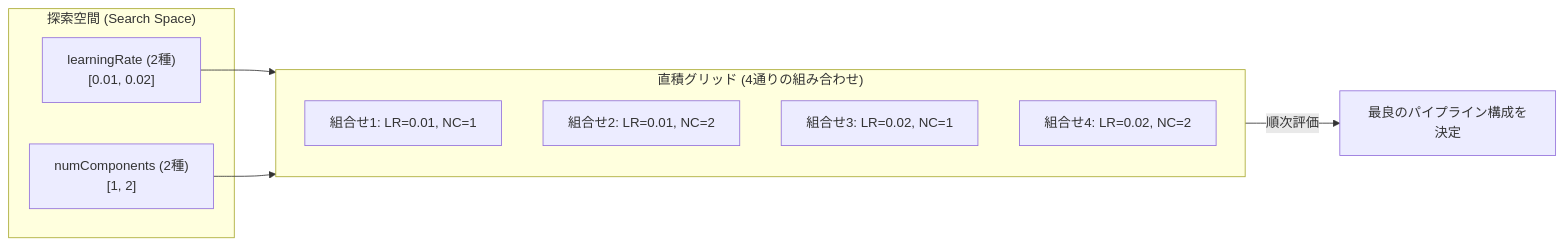
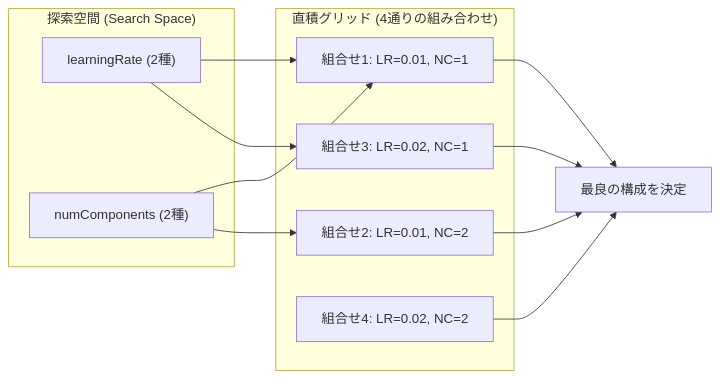
Before and after one commit to daiki-moritake/warpvector: the second of 2 diagrams in articles/automl-vector-tuning.md, drawn with Mermaid. The commit also changed other lines of this file and 1 other file, not shown here.

Commit message:
style: Mermaid v11.14.0で発生するシンタックスエラーを修正

````diff
--- a/articles/automl-vector-tuning.md
+++ b/articles/automl-vector-tuning.md
@@ -134,19 +134,24 @@
 ```mermaid
 graph LR
     subgraph Space["探索空間 (Search Space)"]
-        LR["learningRate (2種) <br> [0.01, 0.02]"]
-        NC["numComponents (2種) <br> [1, 2]"]
+        LR["learningRate (2種)"]
+        NC["numComponents (2種)"]
     end
 
     subgraph Grid["直積グリッド (4通りの組み合わせ)"]
         G1["組合せ1: LR=0.01, NC=1"]
         G2["組合せ2: LR=0.01, NC=2"]
         G3["組合せ3: LR=0.02, NC=1"]
         G4["組合せ4: LR=0.02, NC=2"]
     end
 
-    LR --> Grid
-    NC --> Grid
+    LR --> G1
+    NC --> G1
+    LR --> G3
+    NC --> G2
 
-    Grid -->|順次評価| Best["最良のパイプライン構成を決定"]
+    G1 --> Best["最良の構成を決定"]
+    G2 --> Best
+    G3 --> Best
+    G4 --> Best
 ```
````
